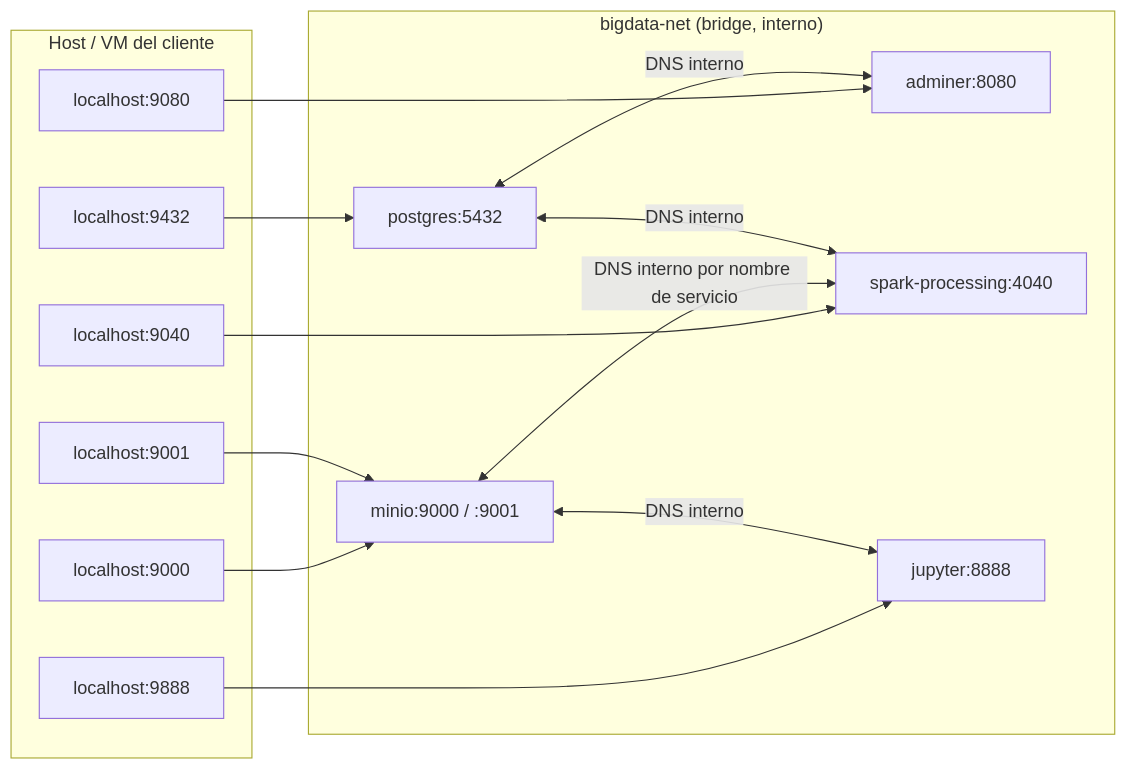
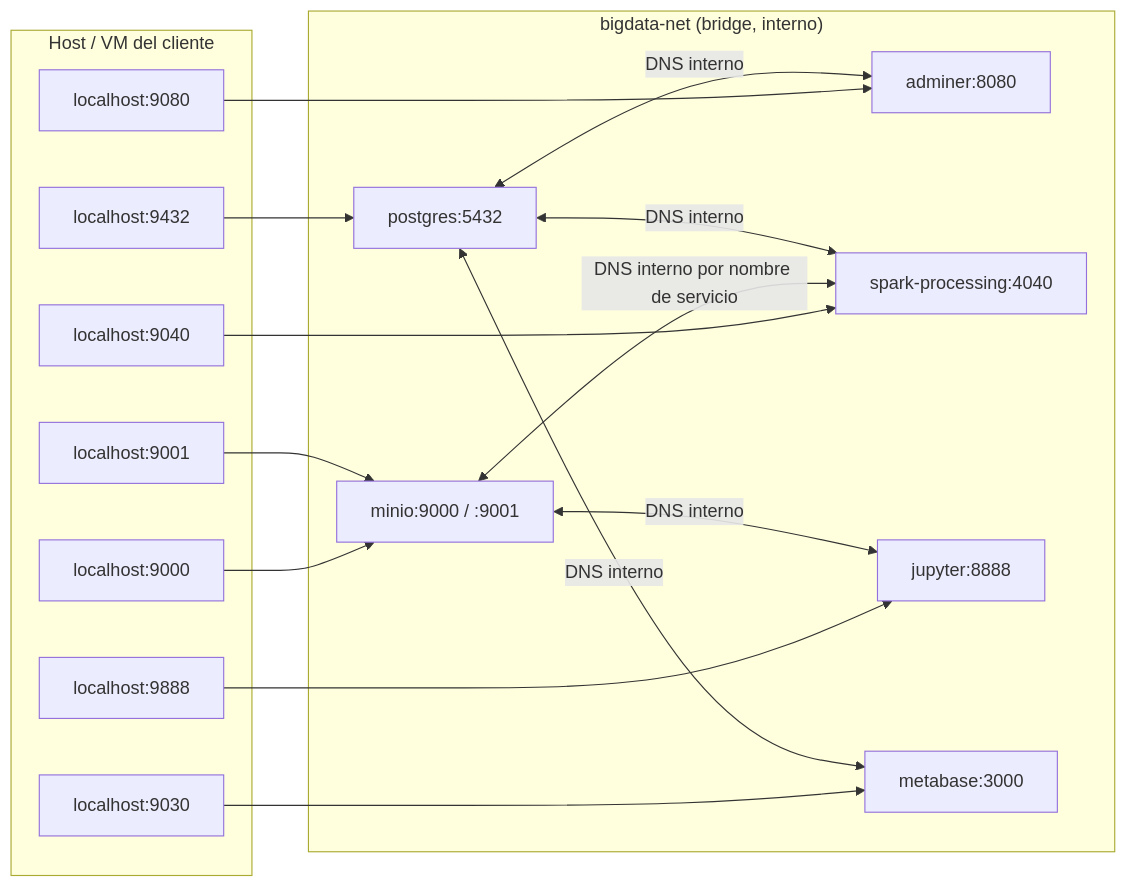
One commit to edzamo/bigdata-credit-risk-architecture changed the second of 4 diagrams in docs/03-arquitectura-poc-mvp.md. Above: the diagram before and after it, drawn with Mermaid. The commit also changed other lines of this file and 6 other files, not shown here.

````diff
--- a/docs/03-arquitectura-poc-mvp.md
+++ b/docs/03-arquitectura-poc-mvp.md
@@ -86,31 +88,35 @@
 ```mermaid
 flowchart LR
     subgraph HOST["Host / VM del cliente"]
         H9000["localhost:9000"]
         H9001["localhost:9001"]
         H9432["localhost:9432"]
         H9080["localhost:9080"]
         H9040["localhost:9040"]
         H9888["localhost:9888"]
+        H9030["localhost:9030"]
     end
 
     subgraph NET["bigdata-net (bridge, interno)"]
         MINIO["minio:9000 / :9001"]
         PG["postgres:5432"]
         ADMINER["adminer:8080"]
         SPARK["spark-processing:4040"]
         JUPYTER["jupyter:8888"]
+        METABASE["metabase:3000"]
     end
 
     H9000 --> MINIO
     H9001 --> MINIO
     H9432 --> PG
     H9080 --> ADMINER
     H9040 --> SPARK
     H9888 --> JUPYTER
+    H9030 --> METABASE
 
     MINIO <-->|"DNS interno por nombre de servicio"| SPARK
     PG <-->|"DNS interno"| SPARK
     PG <-->|"DNS interno"| ADMINER
+    PG <-->|"DNS interno"| METABASE
     MINIO <-->|"DNS interno"| JUPYTER
 ```
````
